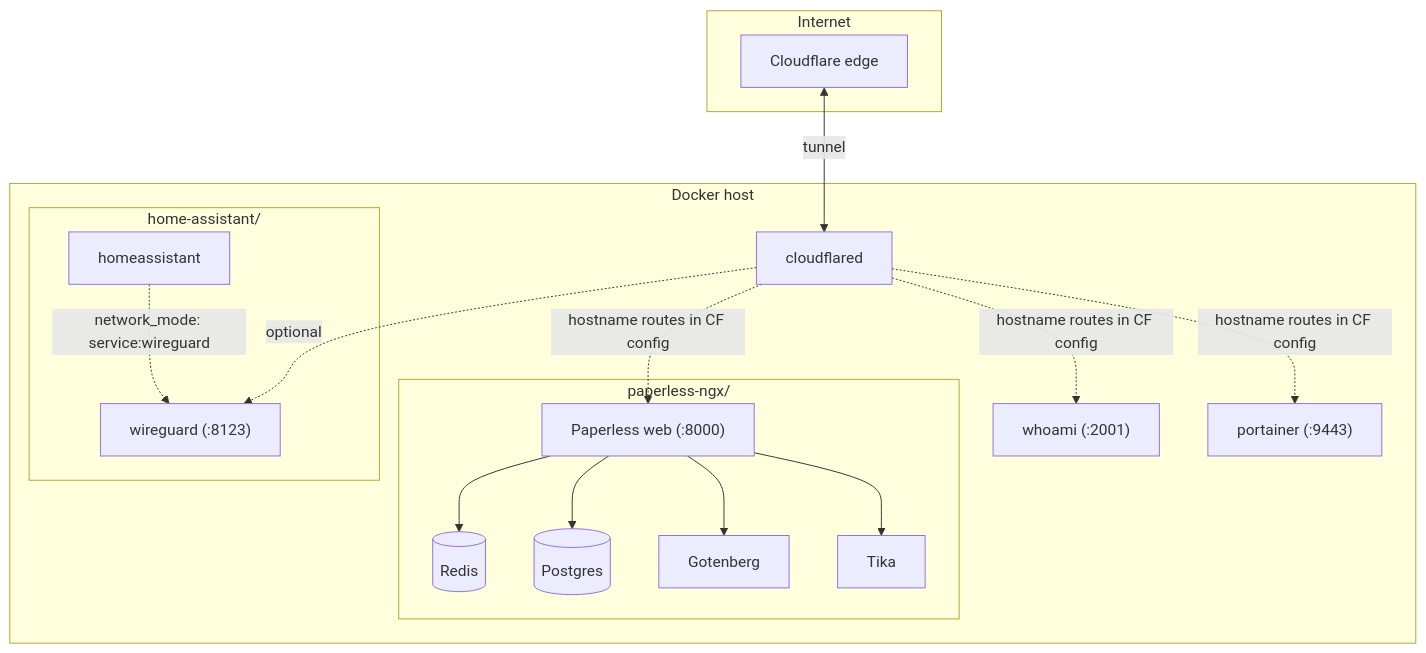
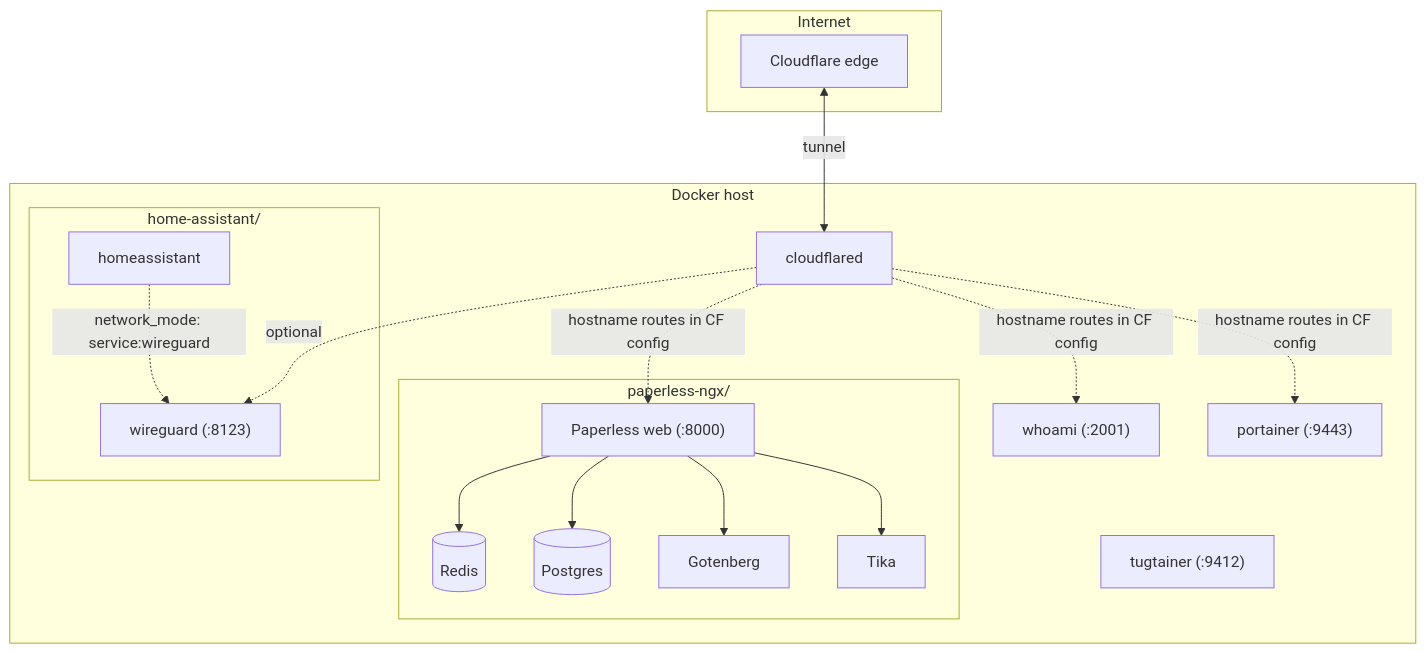
One commit to Pacome21/hetzner-docker changed the diagram in README.md. Above: the diagram before and after it, drawn with Mermaid. The commit also changed other lines of this file and 2 other files, not shown here.

````diff
--- a/README.md
+++ b/README.md
@@ -17,37 +18,38 @@
 ```mermaid
 flowchart TB
   subgraph internet["Internet"]
     CF[Cloudflare edge]
   end
 
   subgraph docker_host["Docker host"]
     cfd[cloudflared]
 
     subgraph stack_ha["home-assistant/"]
       wg["wireguard (:8123)"]
       hass[homeassistant]
     end
     hass -.->|network_mode: service:wireguard| wg
 
     subgraph stack_pn["paperless-ngx/"]
       pnw["Paperless web (:8000)"]
       pnr[(Redis)]
       pnd[(Postgres)]
       png[Gotenberg]
       pnt[Tika]
       pnw --> pnr
       pnw --> pnd
       pnw --> png
       pnw --> pnt
     end
 
     ptt["portainer (:9443)"]
+    tg["tugtainer (:9412)"]
     wh["whoami (:2001)"]
   end
 
   CF <-->|tunnel| cfd
   cfd -.->|hostname routes in CF config| pnw
   cfd -.->|hostname routes in CF config| wh
   cfd -.->|hostname routes in CF config| ptt
   cfd -.->|optional| wg
 ```
````
